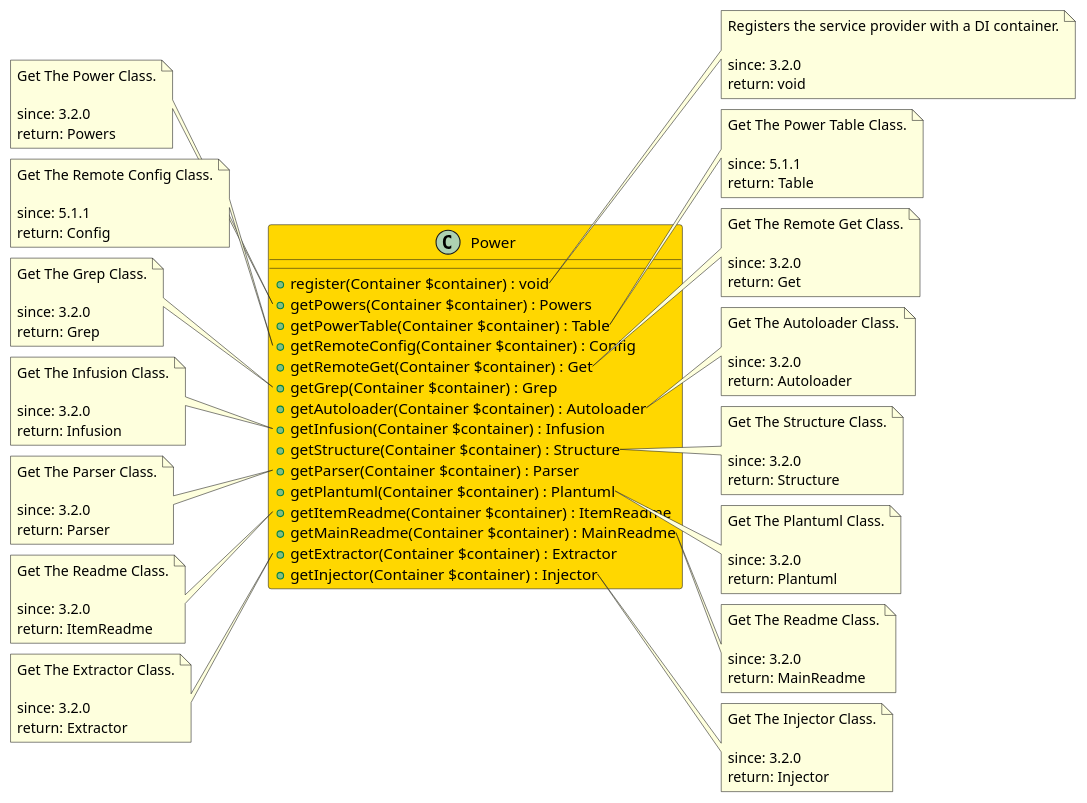
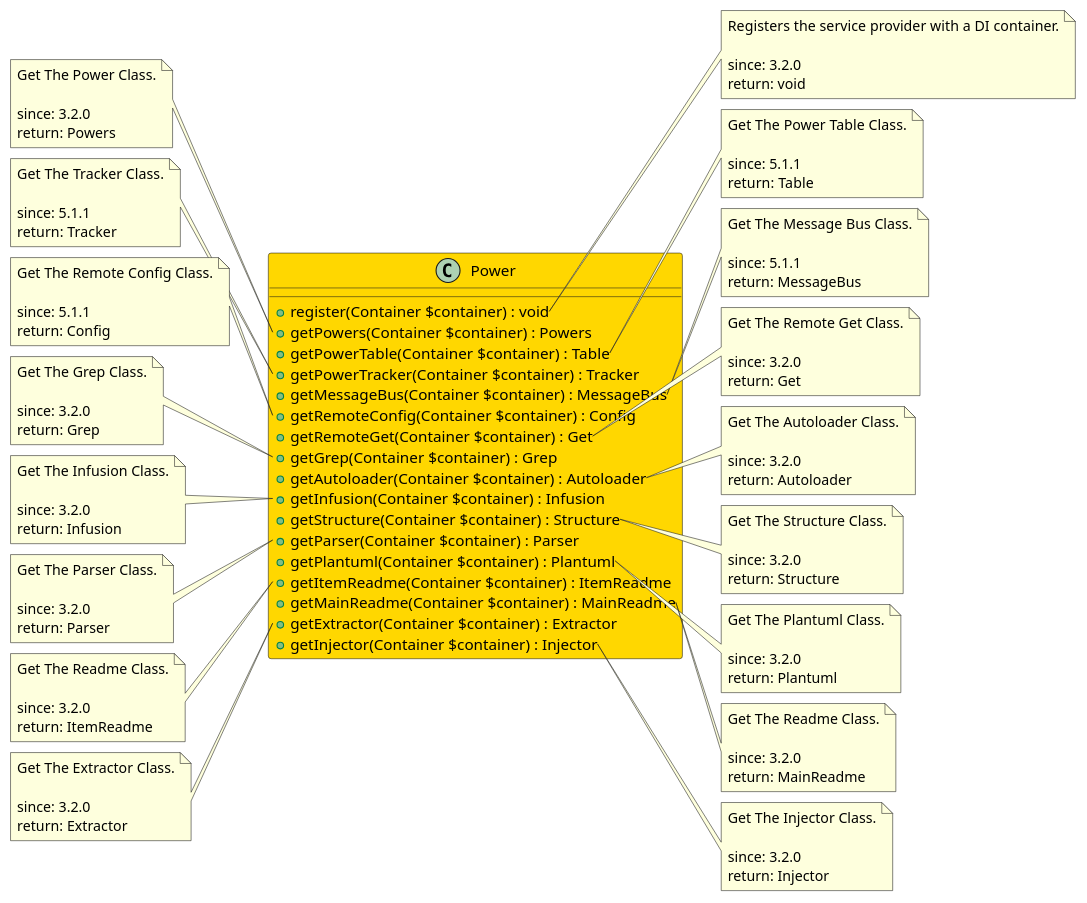
The diagram in src/de01527a-6586-46ea-92e7-11ea3de1cedb/README.md (joomengine/jcb-compiler), drawn with PlantUML before and after one commit. The commit also changed other lines of this file and 585 other files, not shown here.

````diff
--- a/src/de01527a-6586-46ea-92e7-11ea3de1cedb/README.md
+++ b/src/de01527a-6586-46ea-92e7-11ea3de1cedb/README.md
@@ -12,9 +5,12 @@
 ```uml
 @startuml
+
 class Power  #Gold {
   + register(Container $container) : void
   + getPowers(Container $container) : Powers
   + getPowerTable(Container $container) : Table
+  + getPowerTracker(Container $container) : Tracker
+  + getMessageBus(Container $container) : MessageBus
   + getRemoteConfig(Container $container) : Config
   + getRemoteGet(Container $container) : Get
   + getGrep(Container $container) : Grep
@@ -48,6 +44,20 @@
 
   since: 5.1.1
   return: Table
+end note
+
+note left of Power::getPowerTracker
+  Get The Tracker Class.
+
+  since: 5.1.1
+  return: Tracker
+end note
+
+note right of Power::getMessageBus
+  Get The Message Bus Class.
+
+  since: 5.1.1
+  return: MessageBus
 end note
 
 note left of Power::getRemoteConfig
@@ -133,6 +143,6 @@
   since: 3.2.0
   return: Injector
 end note
- 
+
 @enduml
 ```
````
